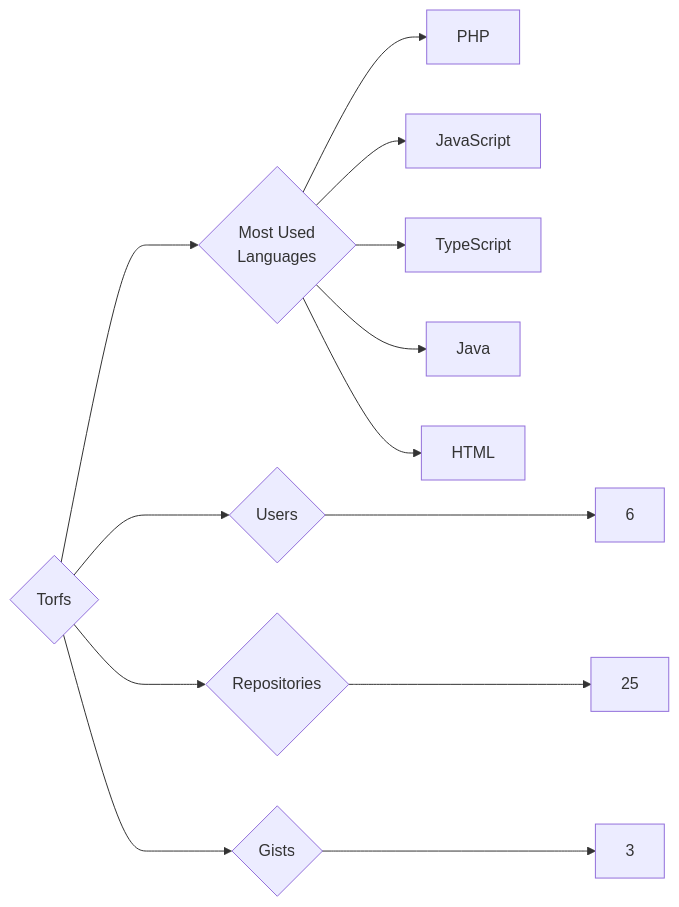
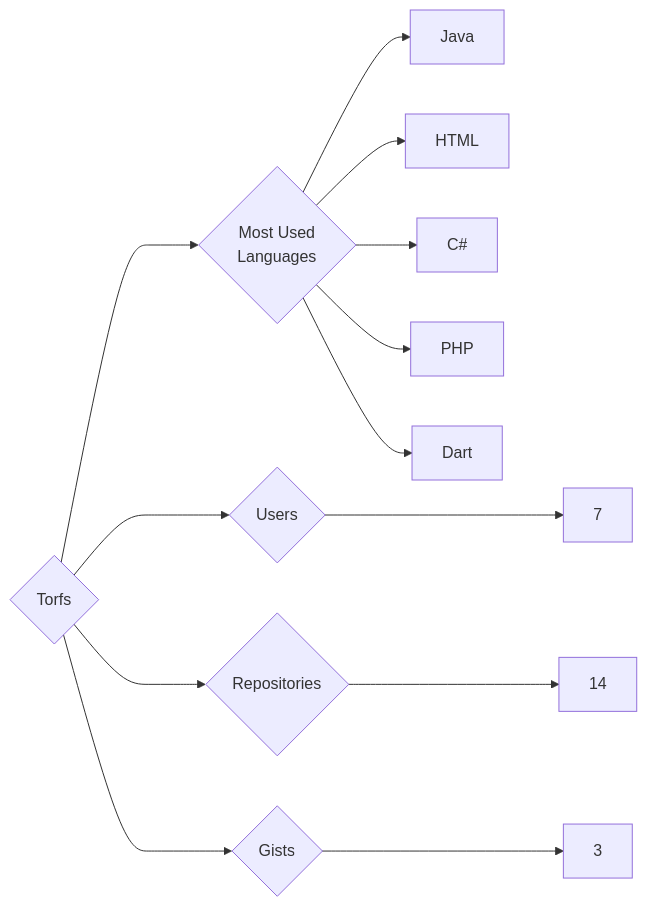
One commit to trickest/insiders changed the diagram in targets/Torfs/README.md. Above: the diagram before and after it, drawn with Mermaid. The commit also changed 582 other files, not shown here.

````diff
--- a/targets/Torfs/README.md
+++ b/targets/Torfs/README.md
@@ -3,13 +3,13 @@
 ```mermaid
 graph LR
 COMPANY_NAME{Torfs}
-COMPANY_NAME ---> U{Users} ---> UN[6]
-COMPANY_NAME ---> R{Repositories} ---> RN[25]
+COMPANY_NAME ---> U{Users} ---> UN[7]
+COMPANY_NAME ---> R{Repositories} ---> RN[14]
 COMPANY_NAME ---> G{Gists} ---> GN[3]
 COMPANY_NAME ---> ML{Most Used<br>Languages}
-ML --> PHP[PHP]
-ML --> JavaScript[JavaScript]
-ML --> TypeScript[TypeScript]
 ML --> Java[Java]
 ML --> HTML[HTML]
+ML --> C#[C#]
+ML --> PHP[PHP]
+ML --> Dart[Dart]
 ```
````
